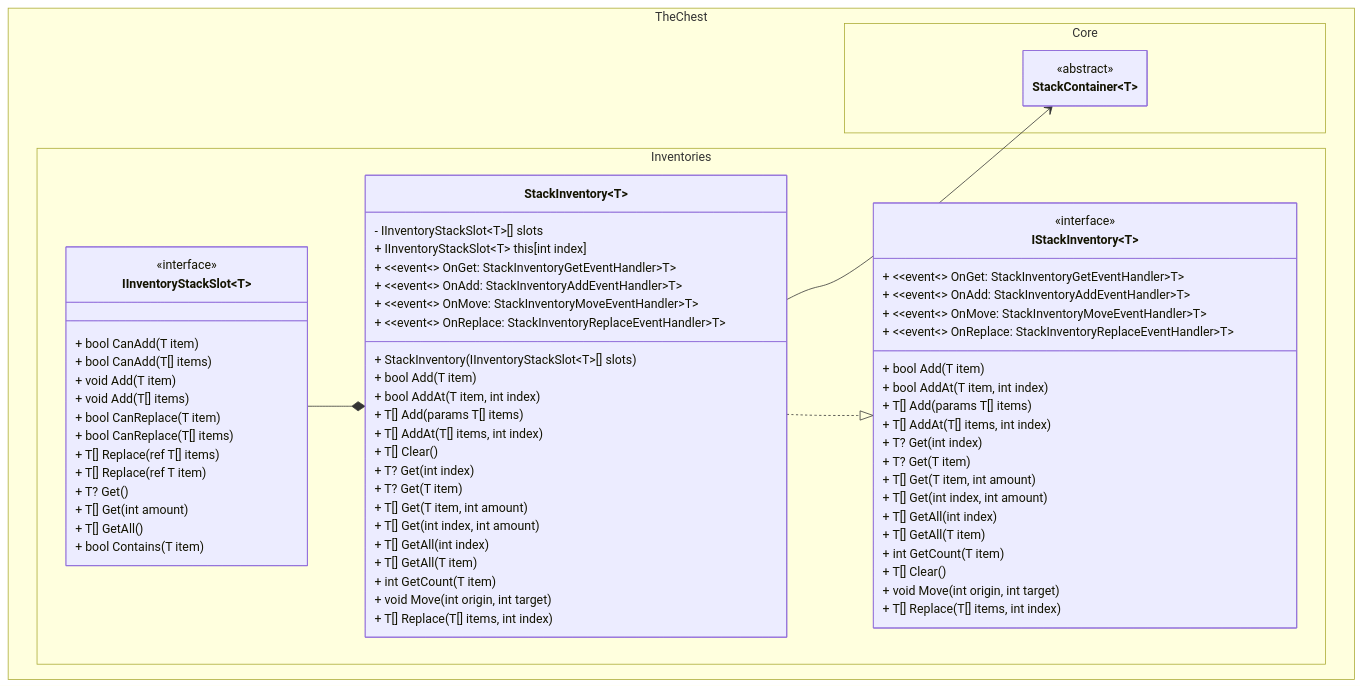
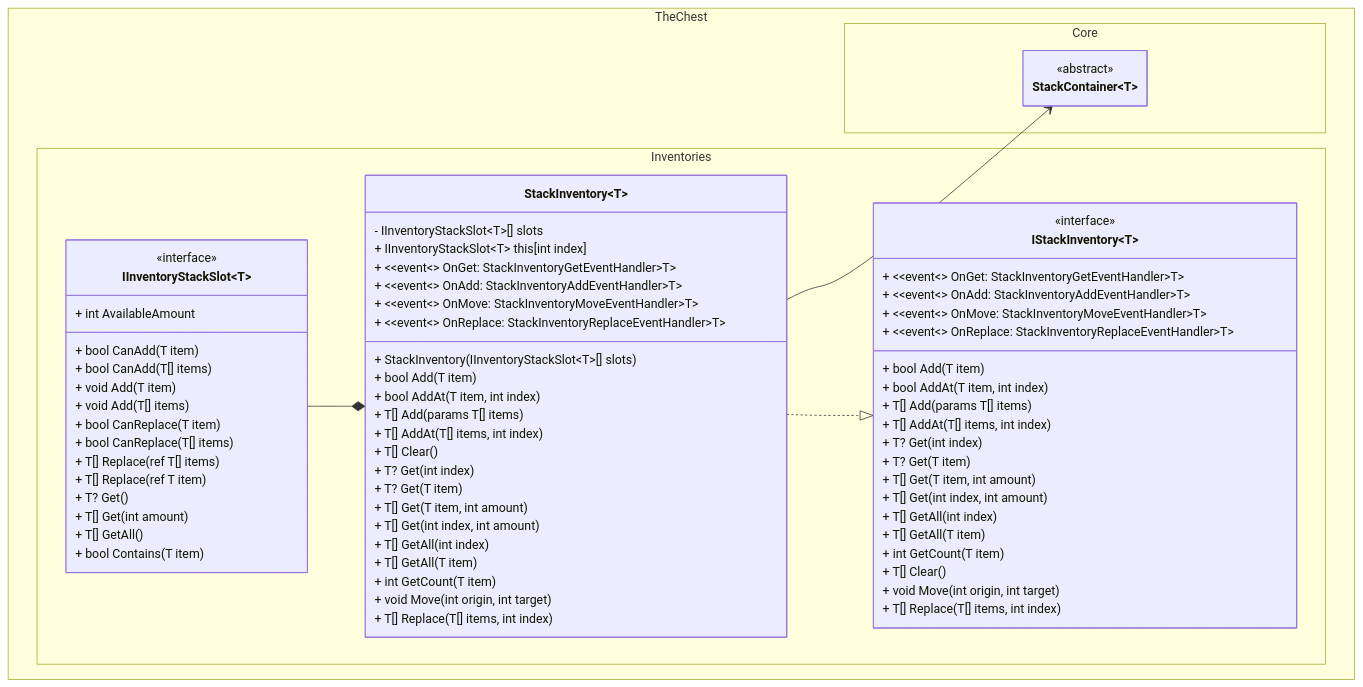
The first of 2 diagrams in docs/stack_inventory/class_diagram.md (The-Chest/TheChest.Inventories), drawn with Mermaid before and after one commit. The commit also changed 2 other files, not shown here.

```diff
--- a/docs/stack_inventory/class_diagram.md
+++ b/docs/stack_inventory/class_diagram.md
@@ -41,6 +41,7 @@
             + T[] Replace(T[] items, int index)
         }    
         class IInventoryStackSlot~T~ {
+            + int AvailableAmount 
             + bool CanAdd(T item)
             + bool CanAdd(T[] items)
             + void Add(T item)
```
